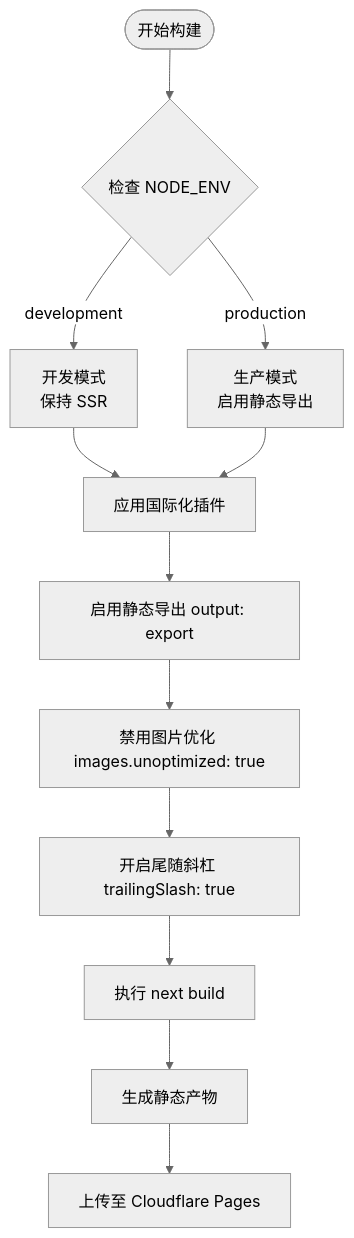
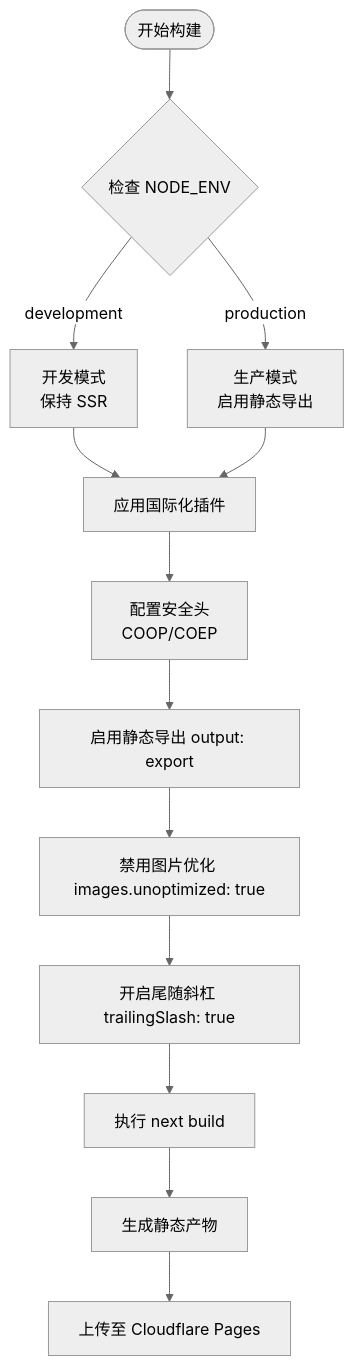
Before and after one commit to sgyy/privadeck: the third of 8 diagrams in .qoder/repowiki/zh/content/部署与维护.md, drawn with Mermaid (neutral theme). The commit also changed other lines of this file and 3 other files, not shown here.

````diff
--- a/.qoder/repowiki/zh/content/部署与维护.md
+++ b/.qoder/repowiki/zh/content/部署与维护.md
@@ -116,14 +136,15 @@
 ```mermaid
 flowchart TD
 Start(["开始构建"]) --> EnvCheck{"检查 NODE_ENV"}
 EnvCheck --> |development| DevMode["开发模式<br/>保持 SSR"]
 EnvCheck --> |production| ProdMode["生产模式<br/>启用静态导出"]
 DevMode --> Intl["应用国际化插件"]
 ProdMode --> Intl
-Intl --> Export["启用静态导出 output: export"]
+Intl --> Headers["配置安全头<br/>COOP/COEP"]
+Headers --> Export["启用静态导出 output: export"]
 Export --> Images["禁用图片优化 images.unoptimized: true"]
 Images --> Trailing["开启尾随斜杠 trailingSlash: true"]
 Trailing --> Build["执行 next build"]
 Build --> Out["生成静态产物"]
 Out --> Deploy["上传至 Cloudflare Pages"]
 ```
````
